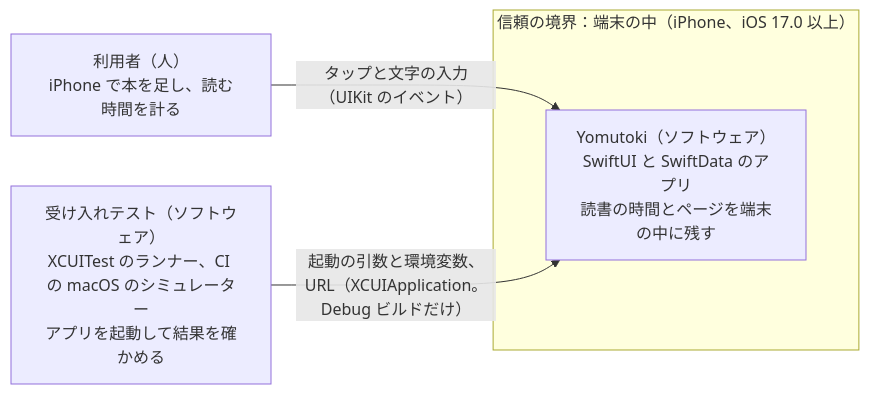
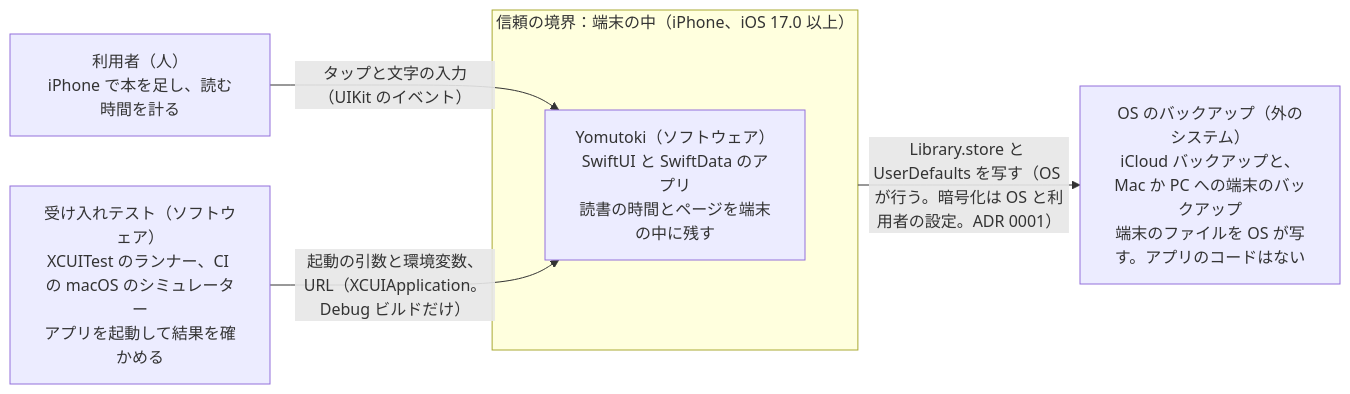
The first of 2 diagrams in docs/adr/features/001-reading-session.md (matsuura-tak/reading-app), drawn with Mermaid before and after one commit. The commit also changed other lines of this file and 13 other files, not shown here.

````diff
--- a/docs/adr/features/001-reading-session.md
+++ b/docs/adr/features/001-reading-session.md
@@ -88,10 +88,12 @@
 ```mermaid
 flowchart LR
   user["利用者（人）<br/>iPhone で本を足し、読む時間を計る"]
   runner["受け入れテスト（ソフトウェア）<br/>XCUITest のランナー、CI の macOS のシミュレーター<br/>アプリを起動して結果を確かめる"]
   subgraph device["信頼の境界：端末の中（iPhone、iOS 17.0 以上）"]
     app["Yomutoki（ソフトウェア）<br/>SwiftUI と SwiftData のアプリ<br/>読書の時間とページを端末の中に残す"]
   end
   user -->|"タップと文字の入力（UIKit のイベント）"| app
   runner -->|"起動の引数と環境変数、URL（XCUIApplication。Debug ビルドだけ）"| app
+  backup["OS のバックアップ（外のシステム）<br/>iCloud バックアップと、Mac か PC への端末のバックアップ<br/>端末のファイルを OS が写す。アプリのコードはない"]
+  device -->|"Library.store と UserDefaults を写す（OS が行う。暗号化は OS と利用者の設定。ADR 0001）"| backup
 ```
````
